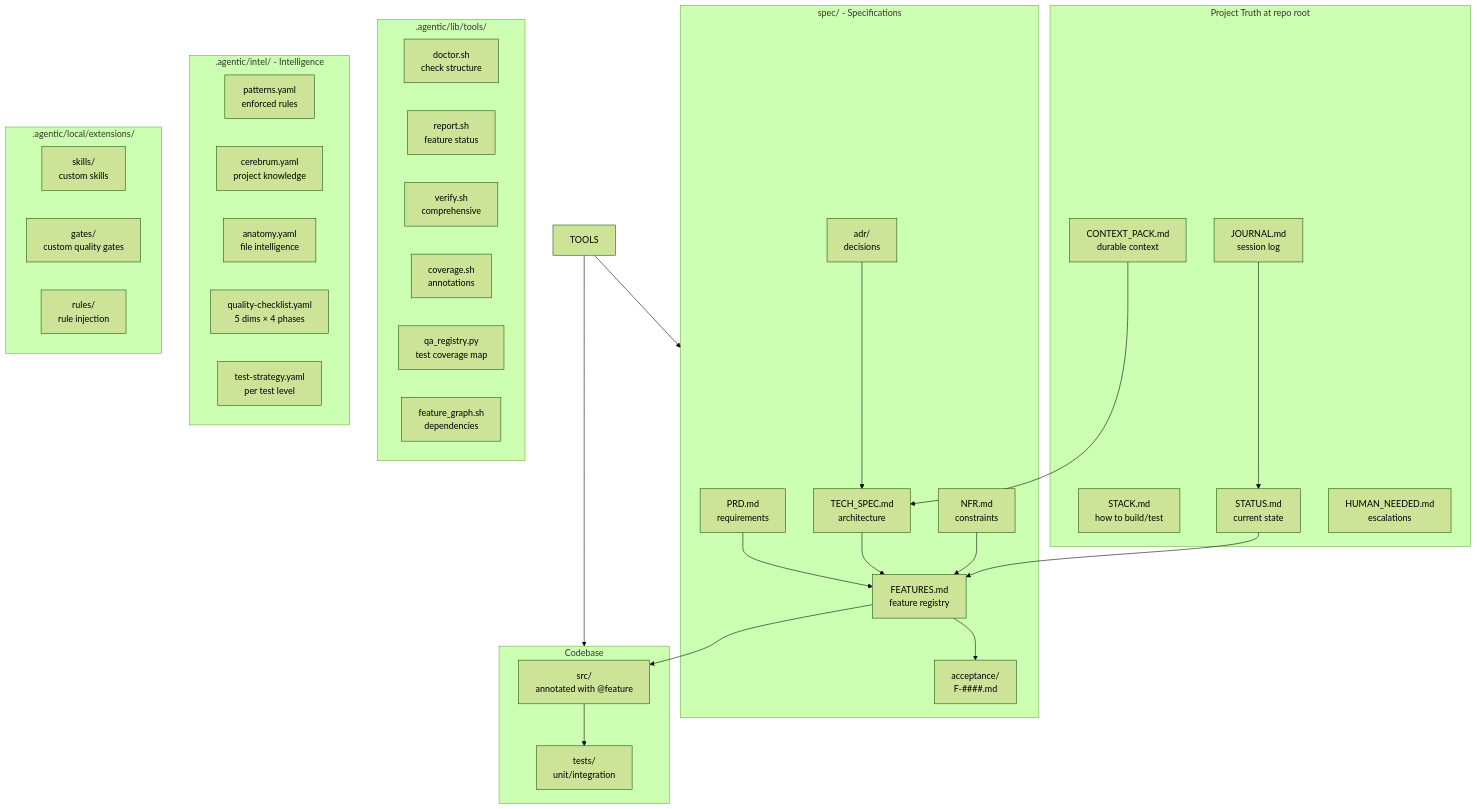
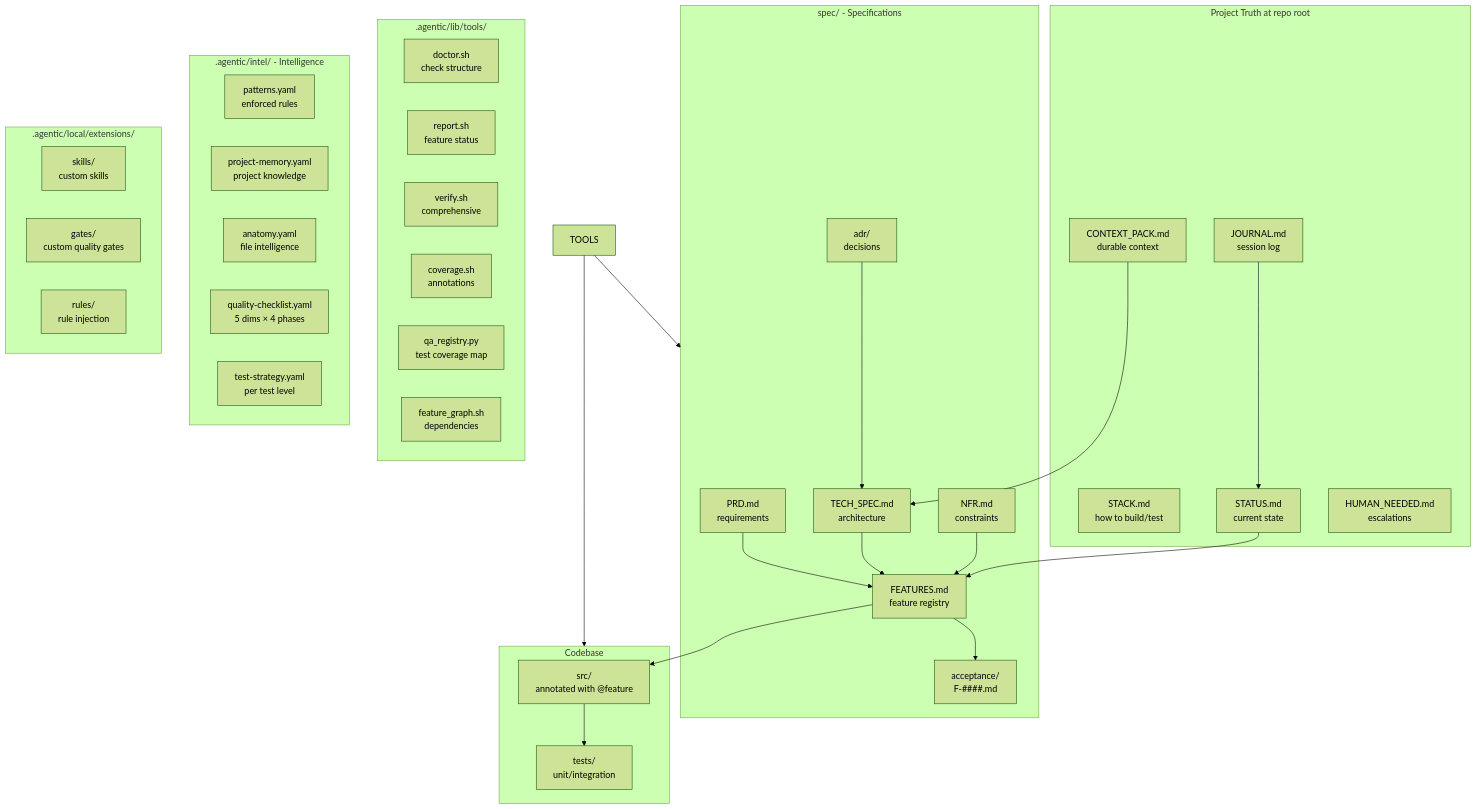
Before and after one commit to tomgun/agentic-framework: the first of 11 diagrams in .agentic/lib/FRAMEWORK_MAP.md, drawn with Mermaid (forest theme). The commit also changed 30 other files, not shown here.

First line of the commit message:
feat(F-041): auto-capture pipeline for user decisions + rename cerebrum → project-memory

````diff
--- a/.agentic/lib/FRAMEWORK_MAP.md
+++ b/.agentic/lib/FRAMEWORK_MAP.md
@@ -12,63 +12,63 @@
 ```mermaid
 graph TB
     subgraph truth [Project Truth at repo root]
         STACK[STACK.md<br/>how to build/test]
         STATUS[STATUS.md<br/>current state]
         CONTEXT[CONTEXT_PACK.md<br/>durable context]
         JOURNAL[JOURNAL.md<br/>session log]
         HUMAN[HUMAN_NEEDED.md<br/>escalations]
     end
     
     subgraph specs [spec/ - Specifications]
         PRD[PRD.md<br/>requirements]
         TECH[TECH_SPEC.md<br/>architecture]
         FEATURES[FEATURES.md<br/>feature registry]
         NFR[NFR.md<br/>constraints]
         ACC[acceptance/<br/>F-####.md]
         ADR[adr/<br/>decisions]
     end
     
     subgraph code [Codebase]
         SRC[src/<br/>annotated with @feature]
         TESTS[tests/<br/>unit/integration]
     end
     
     subgraph tools [.agentic/lib/tools/]
         DOCTOR[doctor.sh<br/>check structure]
         REPORT[report.sh<br/>feature status]
         VERIFY[verify.sh<br/>comprehensive]
         COVERAGE[coverage.sh<br/>annotations]
         QAREG[qa_registry.py<br/>test coverage map]
         GRAPH[feature_graph.sh<br/>dependencies]
     end
 
     subgraph intel [.agentic/intel/ - Intelligence]
         PATTERNS[patterns.yaml<br/>enforced rules]
-        CEREBRUM[cerebrum.yaml<br/>project knowledge]
+        CEREBRUM[project-memory.yaml<br/>project knowledge]
         ANATOMY[anatomy.yaml<br/>file intelligence]
         QC[quality-checklist.yaml<br/>5 dims × 4 phases]
         TSTRAT[test-strategy.yaml<br/>per test level]
     end
 
     subgraph extensions [.agentic/local/extensions/]
         EXT_SKILLS[skills/<br/>custom skills]
         EXT_GATES[gates/<br/>custom quality gates]
         EXT_RULES[rules/<br/>rule injection]
     end
     
     PRD --> FEATURES
     TECH --> FEATURES
     FEATURES --> ACC
     FEATURES --> SRC
     NFR --> FEATURES
     ADR --> TECH
     
     SRC --> TESTS
     
     TOOLS --> specs
     TOOLS --> code
     
     STATUS --> FEATURES
     CONTEXT --> TECH
     JOURNAL --> STATUS
 ```
````
